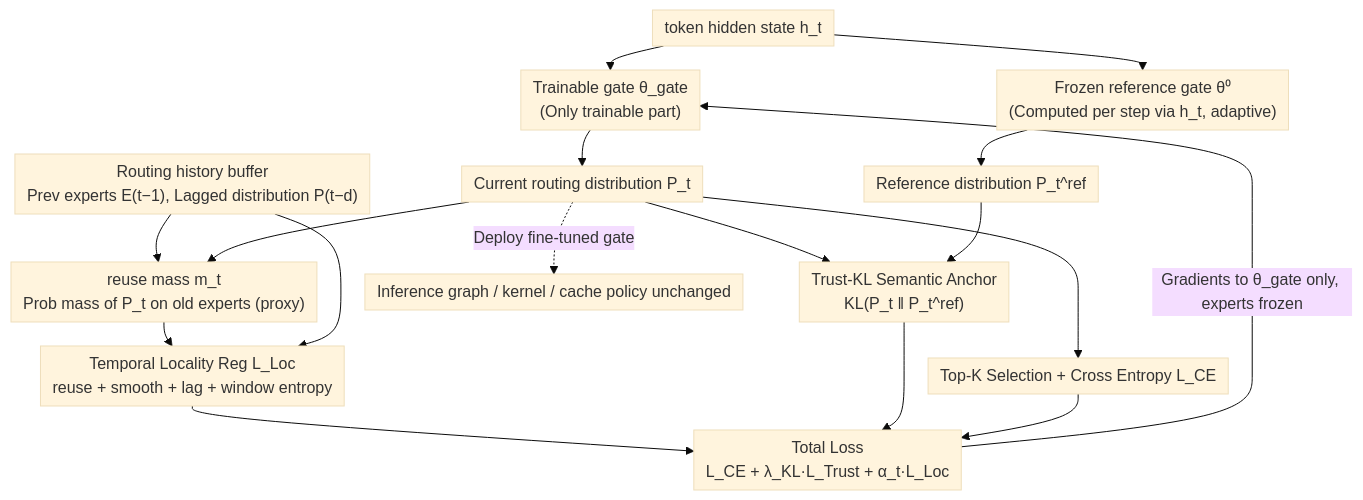
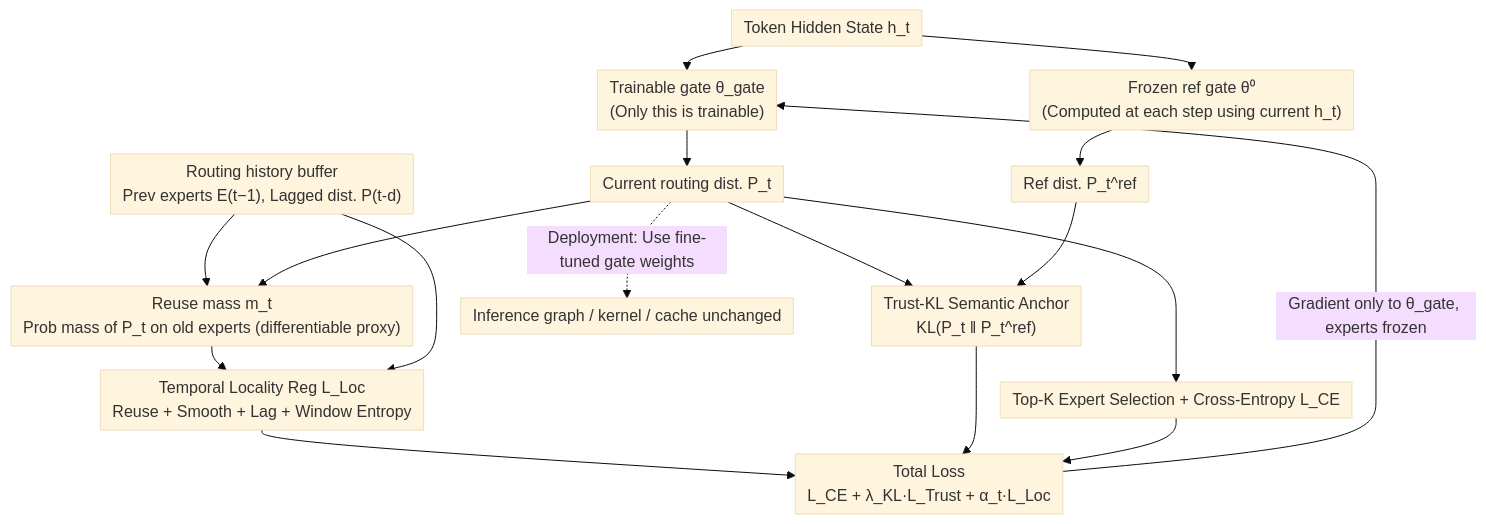
The diagram in docs/ICML2026/llm_efficiency/remoe_boosting_expert_reuse_through_router_fine-tuning_in_memory-constrained_moe.md (zhaoyang97/Paper-Notes-en), drawn with Mermaid (base theme) before and after one commit. The commit also changed other lines of this file and 5084 other files, not shown here.

````diff
--- a/docs/ICML2026/llm_efficiency/remoe_boosting_expert_reuse_through_router_fine-tuning_in_memory-constrained_moe.md
+++ b/docs/ICML2026/llm_efficiency/remoe_boosting_expert_reuse_through_router_fine-tuning_in_memory-constrained_moe.md
@@ -42,21 +42,21 @@
 ```mermaid
 %%{init: {'flowchart': {'rankSpacing': 24, 'nodeSpacing': 28, 'padding': 6, 'wrappingWidth': 400}}}%%
 flowchart TD
-    H["token hidden state h_t"]
-    H --> TRN["Trainable gate θ_gate<br/>(Only trainable part)"]
-    H --> REF["Frozen reference gate θ⁰<br/>(Computed per step via h_t, adaptive)"]
-    TRN --> PT["Current routing distribution P_t"]
-    REF --> PREF["Reference distribution P_t^ref"]
-    BUF["Routing history buffer<br/>Prev experts E(t−1), Lagged distribution P(t−d)"] --> MASS["reuse mass m_t<br/>Prob mass of P_t on old experts (proxy)"]
+    H["Token Hidden State h_t"]
+    H --> TRN["Trainable gate θ_gate<br/>(Only this is trainable)"]
+    H --> REF["Frozen ref gate θ⁰<br/>(Computed at each step using current h_t)"]
+    TRN --> PT["Current routing dist. P_t"]
+    REF --> PREF["Ref dist. P_t^ref"]
+    BUF["Routing history buffer<br/>Prev experts E(t−1), Lagged dist. P(t-d)"] --> MASS["Reuse mass m_t<br/>Prob mass of P_t on old experts (differentiable proxy)"]
     PT --> MASS
-    MASS --> LOC["Temporal Locality Reg L_Loc<br/>reuse + smooth + lag + window entropy"]
+    MASS --> LOC["Temporal Locality Reg L_Loc<br/>Reuse + Smooth + Lag + Window Entropy"]
     BUF --> LOC
     PT --> TRUST["Trust-KL Semantic Anchor<br/>KL(P_t ‖ P_t^ref)"]
     PREF --> TRUST
-    PT --> CE["Top-K Selection + Cross Entropy L_CE"]
+    PT --> CE["Top-K Expert Selection + Cross-Entropy L_CE"]
     LOC --> LOSS["Total Loss<br/>L_CE + λ_KL·L_Trust + α_t·L_Loc"]
     TRUST --> LOSS
     CE --> LOSS
-    LOSS -->|Gradients to θ_gate only, experts frozen| TRN
-    PT -.Deploy fine-tuned gate.-> DEPLOY["Inference graph / kernel / cache policy unchanged"]
+    LOSS -->|Gradient only to θ_gate, experts frozen| TRN
+    PT -.Deployment: Use fine-tuned gate weights.-> DEPLOY["Inference graph / kernel / cache unchanged"]
 ```
````
